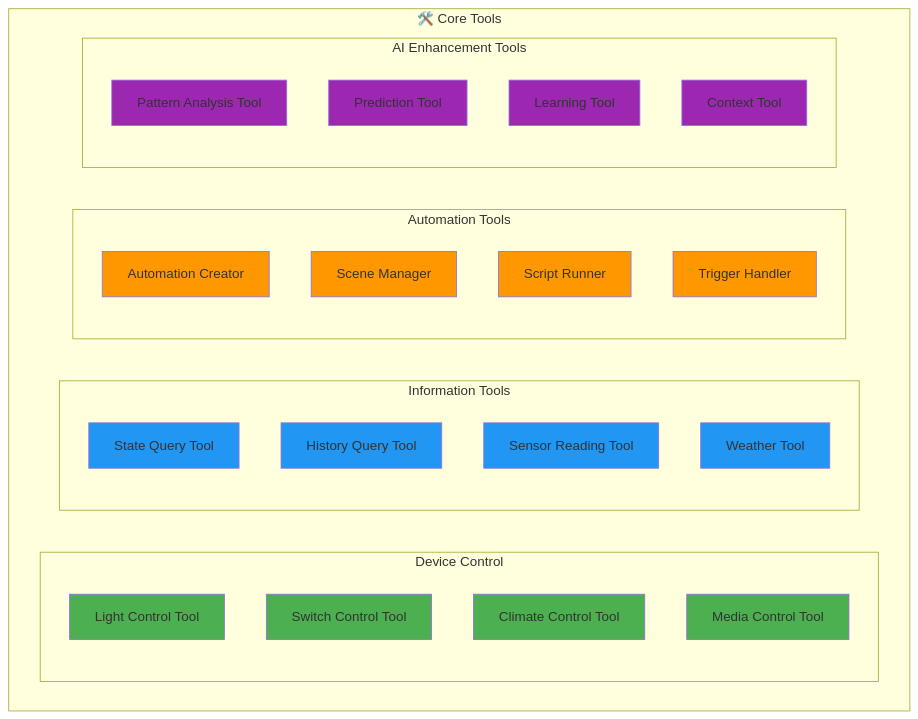
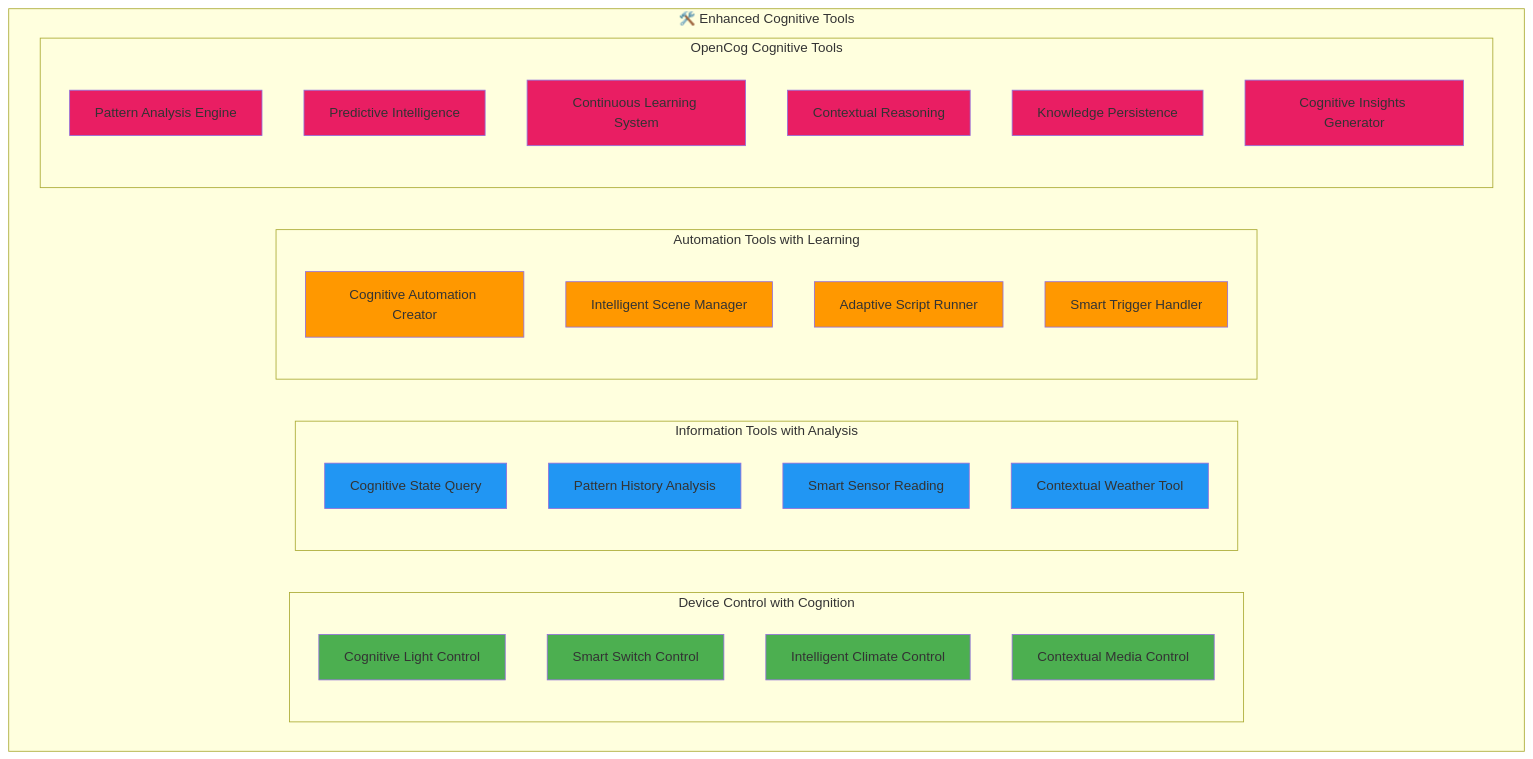
The third of 11 diagrams in docs/HOME_ASSISTANT_INTEGRATION.md (EchoCog/Archon), drawn with Mermaid before and after one commit. The commit also changed other lines of this file and 1 other file, not shown here.

Commit message:
Update documentation to reflect OpenCog integration with Marduk's Lab

````diff
--- a/docs/HOME_ASSISTANT_INTEGRATION.md
+++ b/docs/HOME_ASSISTANT_INTEGRATION.md
@@ -238,42 +274,44 @@
 ```mermaid
 graph TB
-    subgraph "🛠️ Core Tools"
-        subgraph "Device Control"
-            LIGHTS_TOOL[Light Control Tool]
-            SWITCH_TOOL[Switch Control Tool]
-            CLIMATE_TOOL[Climate Control Tool]
-            MEDIA_TOOL[Media Control Tool]
+    subgraph "🛠️ Enhanced Cognitive Tools"
+        subgraph "Device Control with Cognition"
+            LIGHTS_TOOL[Cognitive Light Control]
+            SWITCH_TOOL[Smart Switch Control]
+            CLIMATE_TOOL[Intelligent Climate Control]
+            MEDIA_TOOL[Contextual Media Control]
         end
         
-        subgraph "Information Tools"
-            STATE_TOOL[State Query Tool]
-            HISTORY_TOOL[History Query Tool]
-            SENSOR_TOOL[Sensor Reading Tool]
-            WEATHER_TOOL[Weather Tool]
+        subgraph "Information Tools with Analysis"
+            STATE_TOOL[Cognitive State Query]
+            HISTORY_TOOL[Pattern History Analysis]
+            SENSOR_TOOL[Smart Sensor Reading]
+            WEATHER_TOOL[Contextual Weather Tool]
         end
         
-        subgraph "Automation Tools"
-            AUTO_TOOL[Automation Creator]
-            SCENE_TOOL[Scene Manager]
-            SCRIPT_TOOL[Script Runner]
-            TRIGGER_TOOL[Trigger Handler]
+        subgraph "Automation Tools with Learning"
+            AUTO_TOOL[Cognitive Automation Creator]
+            SCENE_TOOL[Intelligent Scene Manager]
+            SCRIPT_TOOL[Adaptive Script Runner]
+            TRIGGER_TOOL[Smart Trigger Handler]
         end
         
-        subgraph "AI Enhancement Tools"
-            PATTERN_TOOL[Pattern Analysis Tool]
-            PREDICT_TOOL[Prediction Tool]
-            LEARN_TOOL[Learning Tool]
-            CONTEXT_TOOL[Context Tool]
+        subgraph "OpenCog Cognitive Tools"
+            PATTERN_TOOL[Pattern Analysis Engine]
+            PREDICT_TOOL[Predictive Intelligence]
+            LEARN_TOOL[Continuous Learning System]
+            CONTEXT_TOOL[Contextual Reasoning]
+            ATOMSPACE_TOOL[Knowledge Persistence]
+            COGNITIVE_TOOL[Cognitive Insights Generator]
         end
     end
     
     classDef device fill:#4caf50
     classDef info fill:#2196f3
     classDef auto fill:#ff9800
-    classDef ai fill:#9c27b0
+    classDef cognitive fill:#e91e63
     
     class LIGHTS_TOOL,SWITCH_TOOL,CLIMATE_TOOL,MEDIA_TOOL device
     class STATE_TOOL,HISTORY_TOOL,SENSOR_TOOL,WEATHER_TOOL info
     class AUTO_TOOL,SCENE_TOOL,SCRIPT_TOOL,TRIGGER_TOOL auto
-    class PATTERN_TOOL,PREDICT_TOOL,LEARN_TOOL,CONTEXT_TOOL ai
+    class PATTERN_TOOL,PREDICT_TOOL,LEARN_TOOL,CONTEXT_TOOL,ATOMSPACE_TOOL,COGNITIVE_TOOL cognitive
 ```
````
